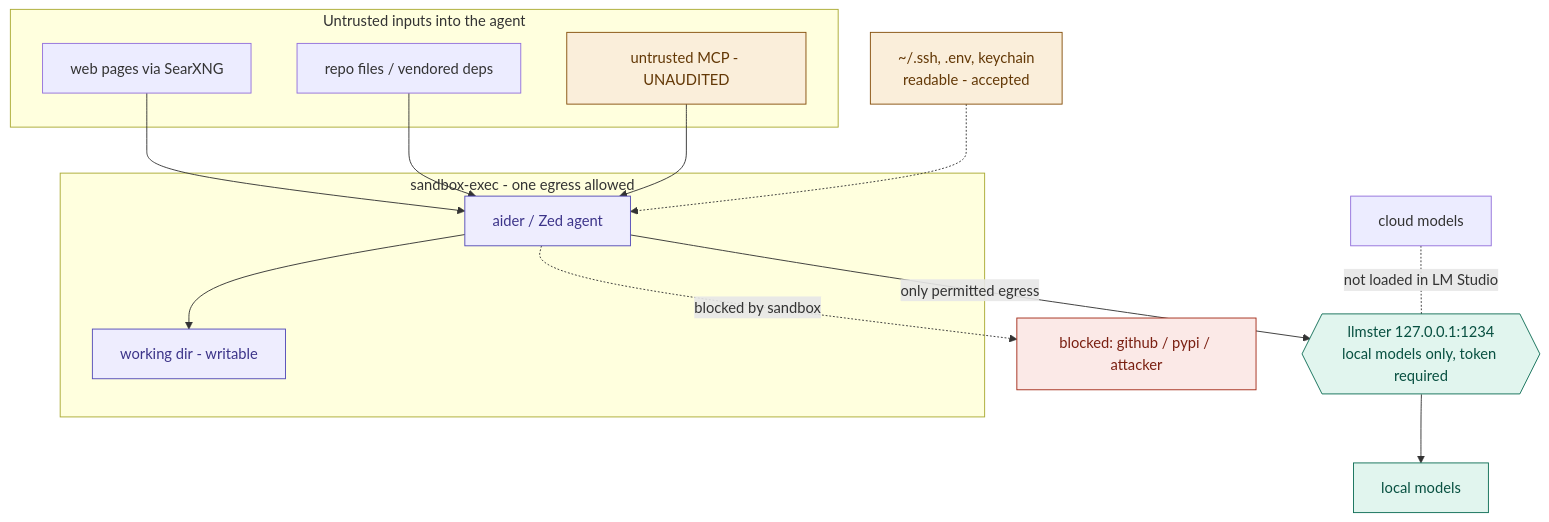
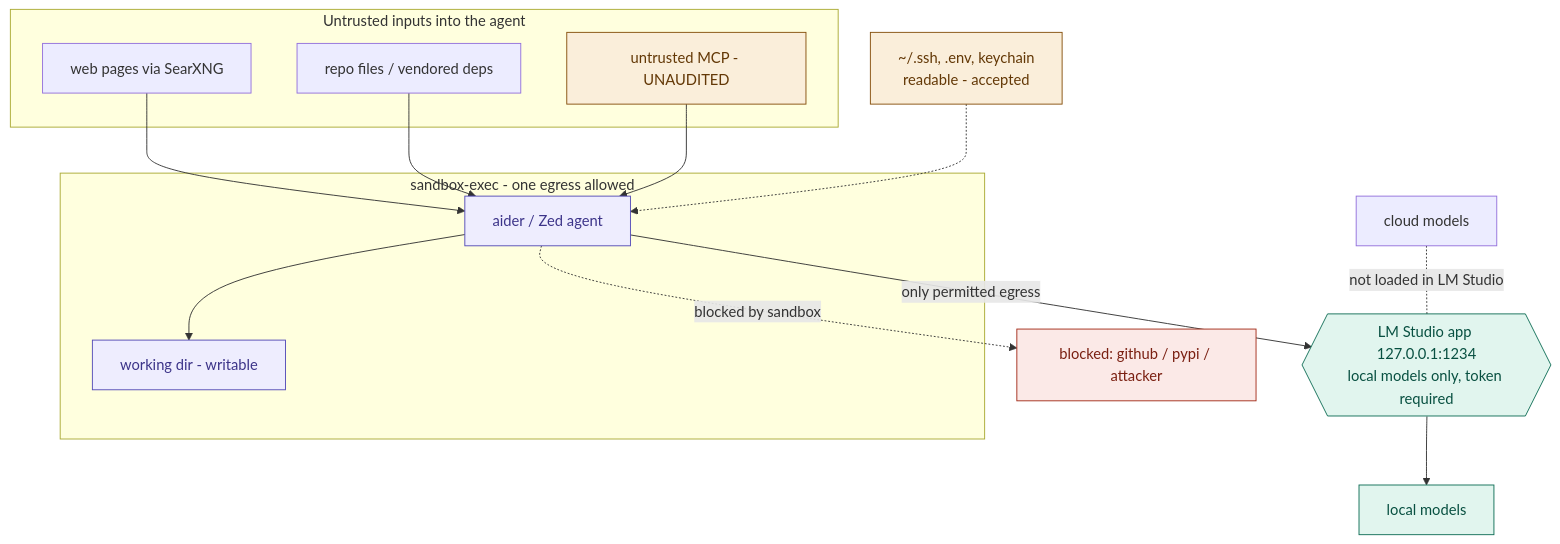
The diagram in docs/THREAT-MODEL.md (ouster/hearth), drawn with Mermaid before and after one commit. The commit also changed other lines of this file and 17 other files, not shown here.

````diff
--- a/docs/THREAT-MODEL.md
+++ b/docs/THREAT-MODEL.md
@@ -35,42 +35,42 @@
 ```mermaid
 flowchart TB
     subgraph inputs["Untrusted inputs into the agent"]
         web["web pages via SearXNG"]
         repo["repo files / vendored deps"]
         mcpsrc["untrusted MCP - UNAUDITED"]
     end
 
     subgraph sandbox["sandbox-exec - one egress allowed"]
         agent["aider / Zed agent"]
         wd["working dir - writable"]
     end
 
     secrets["~/.ssh, .env, keychain<br/>readable - accepted"]
 
-    gw{{"llmster 127.0.0.1:1234<br/>local models only, token required"}}
+    gw{{"LM Studio app 127.0.0.1:1234<br/>local models only, token required"}}
     localm["local models"]
     cloudm["cloud models"]
     outside["blocked: github / pypi / attacker"]
 
     web --> agent
     repo --> agent
     mcpsrc --> agent
     secrets -.-> agent
 
     agent -->|"only permitted egress"| gw
     agent --> wd
     agent -.->|"blocked by sandbox"| outside
 
     gw --> localm
     cloudm -.-|"not loaded in LM Studio"| gw
 
     classDef okCls fill:#E1F5EE,stroke:#0F6E56,color:#085041
     classDef badCls fill:#FBE9E7,stroke:#A32B18,color:#7A1F11
     classDef warnCls fill:#FAEEDA,stroke:#854F0B,color:#633806
     classDef boxCls fill:#EEEDFE,stroke:#534AB7,color:#3C3489
 
     class gw,localm okCls
     class outside badCls
     class secrets,mcpsrc warnCls
     class agent,wd boxCls
 ```
````
